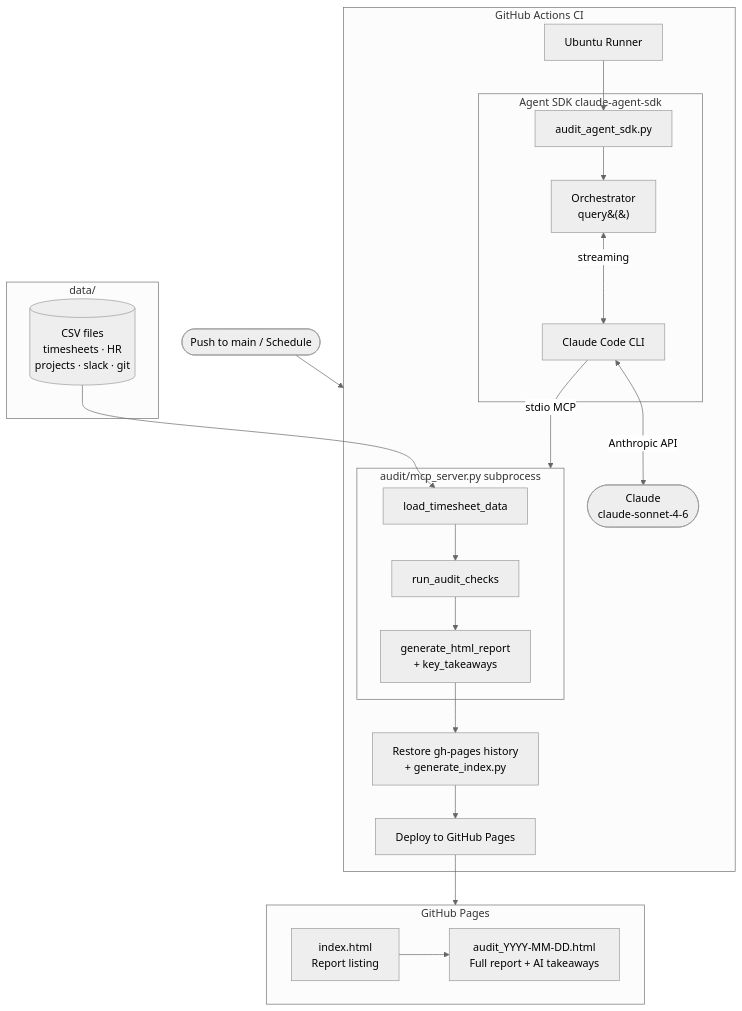
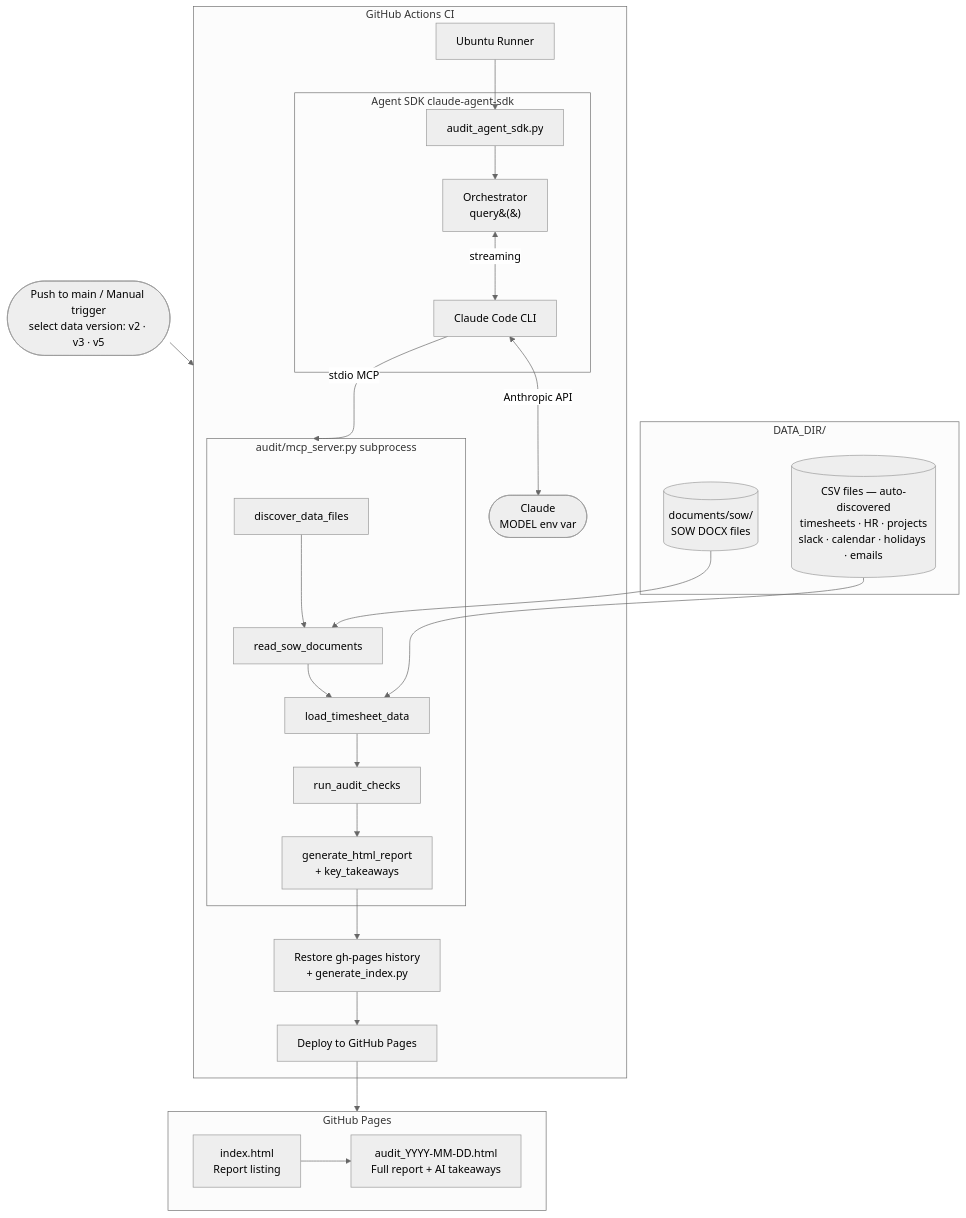
One commit to sushantgawali/agentic-ai-timesheet changed the first of 2 diagrams in docs/agent-sdk-pipeline.md. Above: the diagram before and after it, drawn with Mermaid (neutral theme). The commit also changed other lines of this file, not shown here.

Commit message:
docs(agent-sdk-pipeline): update for 5-tool flow, SOW integration, and 15 checks

````diff
--- a/docs/agent-sdk-pipeline.md
+++ b/docs/agent-sdk-pipeline.md
@@ -31,42 +33,46 @@
 ```mermaid
 flowchart TD
-    trigger([Push to main / Schedule]) --> actions
+    trigger([Push to main / Manual trigger\nselect data version: v2 · v3 · v5]) --> actions
 
     subgraph actions ["GitHub Actions CI"]
         runner[Ubuntu Runner]
         runner --> entry[audit_agent_sdk.py]
 
         subgraph sdk ["Agent SDK  claude-agent-sdk"]
             entry --> orch[Orchestrator\nquery&#40;&#41;]
             orch <-->|streaming| cli[Claude Code CLI]
         end
 
-        cli <-->|Anthropic API| claude([Claude\nclaude-sonnet-4-6])
+        cli <-->|Anthropic API| claude([Claude\nMODEL env var])
 
         cli -->|stdio MCP| mcp
 
         subgraph mcp ["audit/mcp_server.py  subprocess"]
-            t1[load_timesheet_data]
-            t2[run_audit_checks]
-            t3[generate_html_report\n+ key_takeaways]
-            t1 --> t2 --> t3
+            t1[discover_data_files]
+            t2[read_sow_documents]
+            t3[load_timesheet_data]
+            t4[run_audit_checks]
+            t5[generate_html_report\n+ key_takeaways]
+            t1 --> t2 --> t3 --> t4 --> t5
         end
 
-        t3 --> site[Restore gh-pages history\n+ generate_index.py]
+        t5 --> site[Restore gh-pages history\n+ generate_index.py]
         site --> deploy[Deploy to GitHub Pages]
     end
 
-    subgraph data ["data/"]
-        csv[(CSV files\ntimesheets · HR\nprojects · slack · git)]
+    subgraph data ["DATA_DIR/"]
+        csv[(CSV files — auto-discovered\ntimesheets · HR · projects\nslack · calendar · holidays · emails)]
+        sow[(documents/sow/\nSOW DOCX files)]
     end
 
-    csv --> t1
+    csv --> t3
+    sow --> t2
 
     subgraph pages ["GitHub Pages"]
         idx[index.html\nReport listing]
         rpt[audit_YYYY-MM-DD.html\nFull report + AI takeaways]
         idx --> rpt
     end
 
     deploy --> pages
 ```
````
